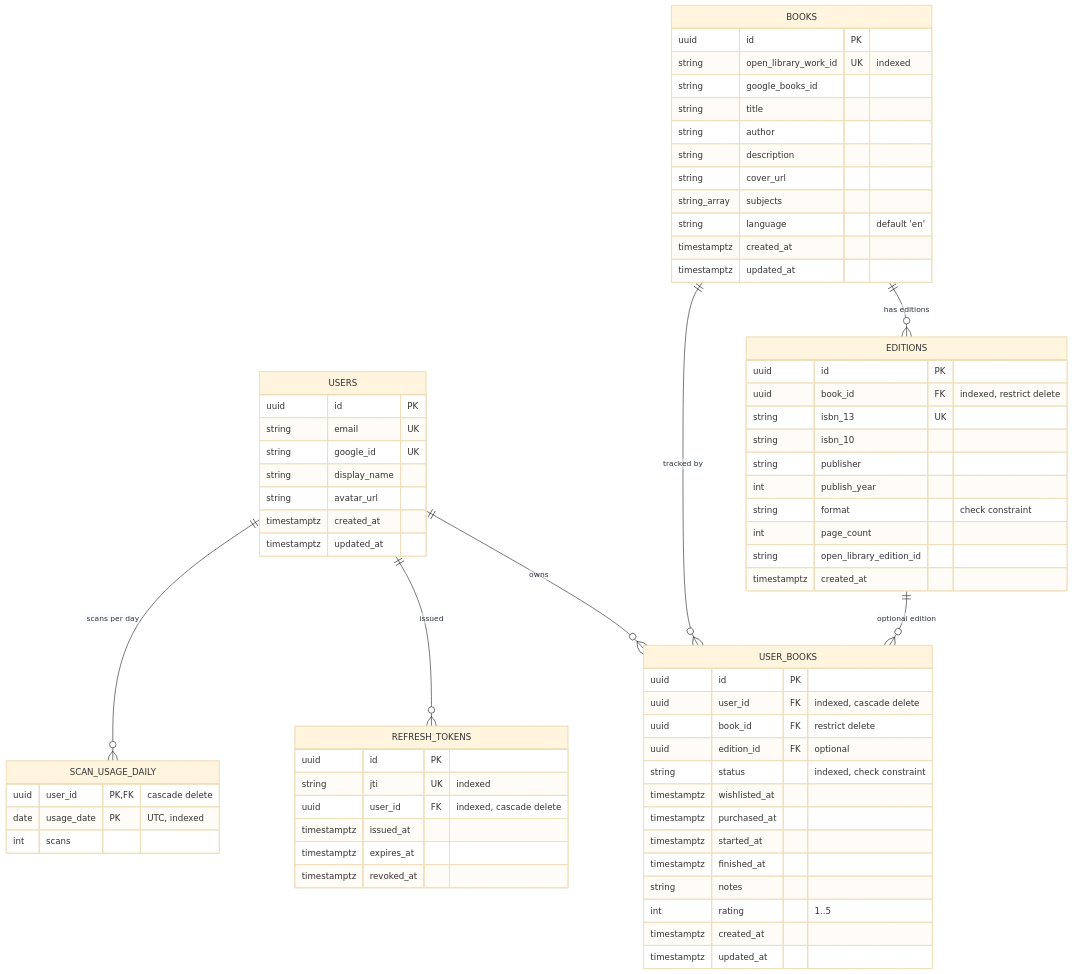
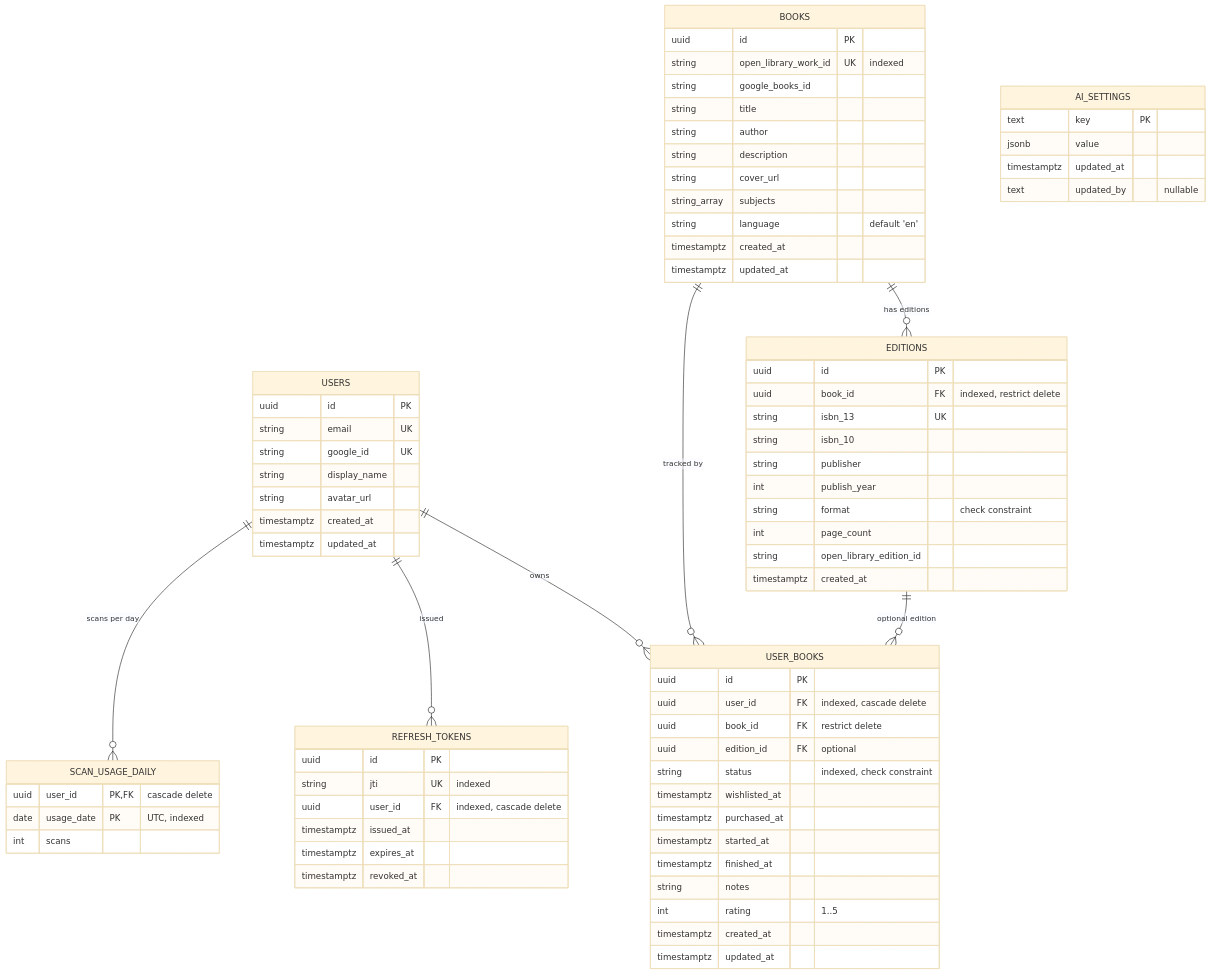
The diagram in docs/data-model.md (wcmchenry3-stack/BookshelfAI), drawn with Mermaid (base theme) before and after one commit. The commit also changed other lines of this file and 20 other files, not shown here.

````diff
--- a/docs/data-model.md
+++ b/docs/data-model.md
@@ -7,72 +7,78 @@
 ```mermaid
 erDiagram
   USERS ||--o{ USER_BOOKS : owns
   USERS ||--o{ REFRESH_TOKENS : issued
   USERS ||--o{ SCAN_USAGE_DAILY : "scans per day"
   BOOKS ||--o{ EDITIONS : "has editions"
   BOOKS ||--o{ USER_BOOKS : "tracked by"
   EDITIONS ||--o{ USER_BOOKS : "optional edition"
 
   USERS {
     uuid id PK
     string email UK
     string google_id UK
     string display_name
     string avatar_url
     timestamptz created_at
     timestamptz updated_at
   }
   BOOKS {
     uuid id PK
     string open_library_work_id UK "indexed"
     string google_books_id
     string title
     string author
     string description
     string cover_url
     string_array subjects
     string language "default 'en'"
     timestamptz created_at
     timestamptz updated_at
   }
   EDITIONS {
     uuid id PK
     uuid book_id FK "indexed, restrict delete"
     string isbn_13 UK
     string isbn_10
     string publisher
     int publish_year
     string format "check constraint"
     int page_count
     string open_library_edition_id
     timestamptz created_at
   }
   USER_BOOKS {
     uuid id PK
     uuid user_id FK "indexed, cascade delete"
     uuid book_id FK "restrict delete"
     uuid edition_id FK "optional"
     string status "indexed, check constraint"
     timestamptz wishlisted_at
     timestamptz purchased_at
     timestamptz started_at
     timestamptz finished_at
     string notes
     int rating "1..5"
     timestamptz created_at
     timestamptz updated_at
   }
   REFRESH_TOKENS {
     uuid id PK
     string jti UK "indexed"
     uuid user_id FK "indexed, cascade delete"
     timestamptz issued_at
     timestamptz expires_at
     timestamptz revoked_at
   }
   SCAN_USAGE_DAILY {
     uuid user_id PK,FK "cascade delete"
     date usage_date PK "UTC, indexed"
     int scans
   }
+  AI_SETTINGS {
+    text key PK
+    jsonb value
+    timestamptz updated_at
+    text updated_by "nullable"
+  }
 ```
````
